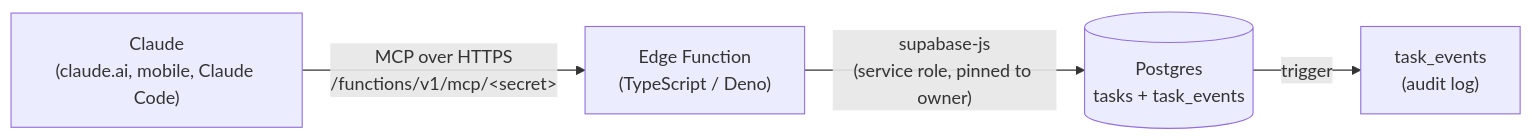
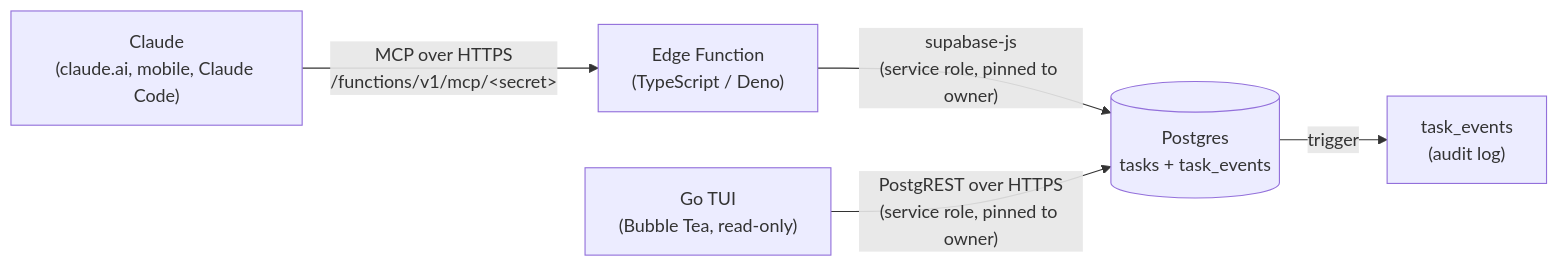
Before and after one commit to Qaid-Danial/taskd: the diagram in README.md, drawn with Mermaid. The commit also changed other lines of this file and 12 other files, not shown here.

Commit message:
feat(cli): read-only Bubble Tea TUI with day, week and month views

````diff
--- a/README.md
+++ b/README.md
@@ -9,6 +9,7 @@
 ```mermaid
 flowchart LR
     C["Claude<br/>(claude.ai, mobile, Claude Code)"] -- "MCP over HTTPS<br/>/functions/v1/mcp/&lt;secret&gt;" --> F["Edge Function<br/>(TypeScript / Deno)"]
     F -- "supabase-js<br/>(service role, pinned to owner)" --> DB[("Postgres<br/>tasks + task_events")]
     DB -- "trigger" --> A["task_events<br/>(audit log)"]
+    T["Go TUI<br/>(Bubble Tea, read-only)"] -- "PostgREST over HTTPS<br/>(service role, pinned to owner)" --> DB
 ```
````
